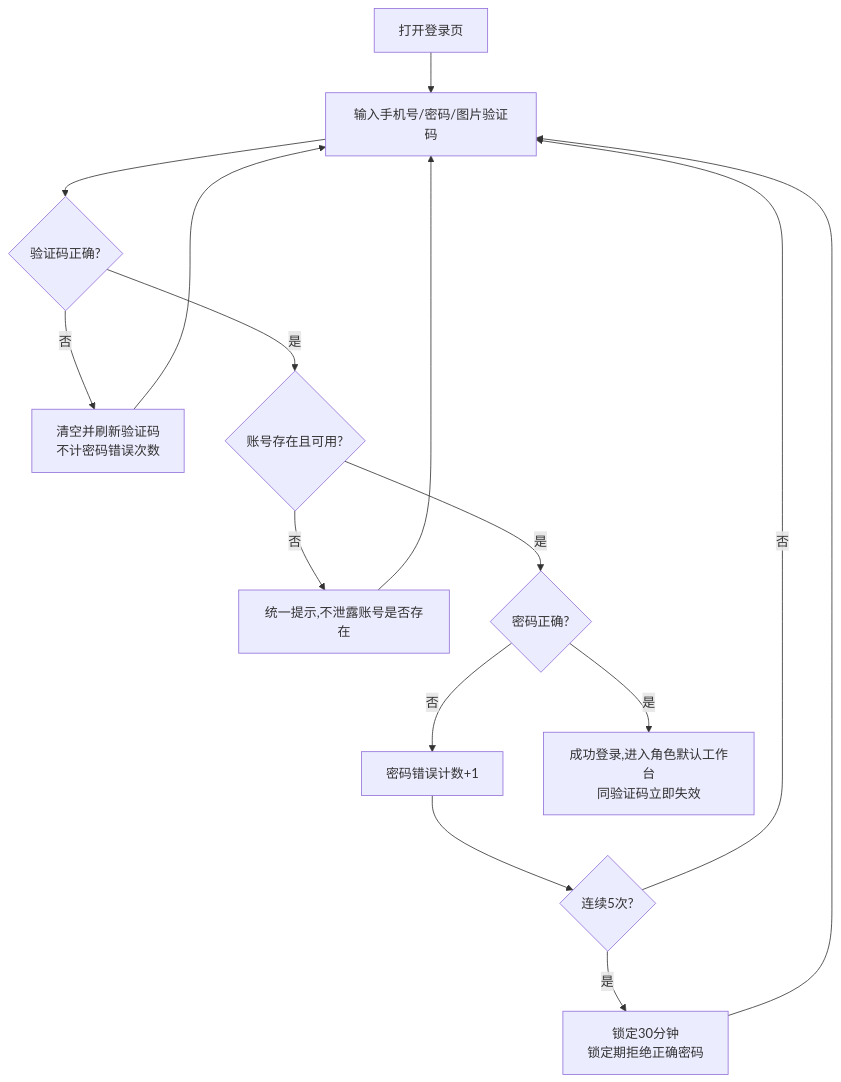
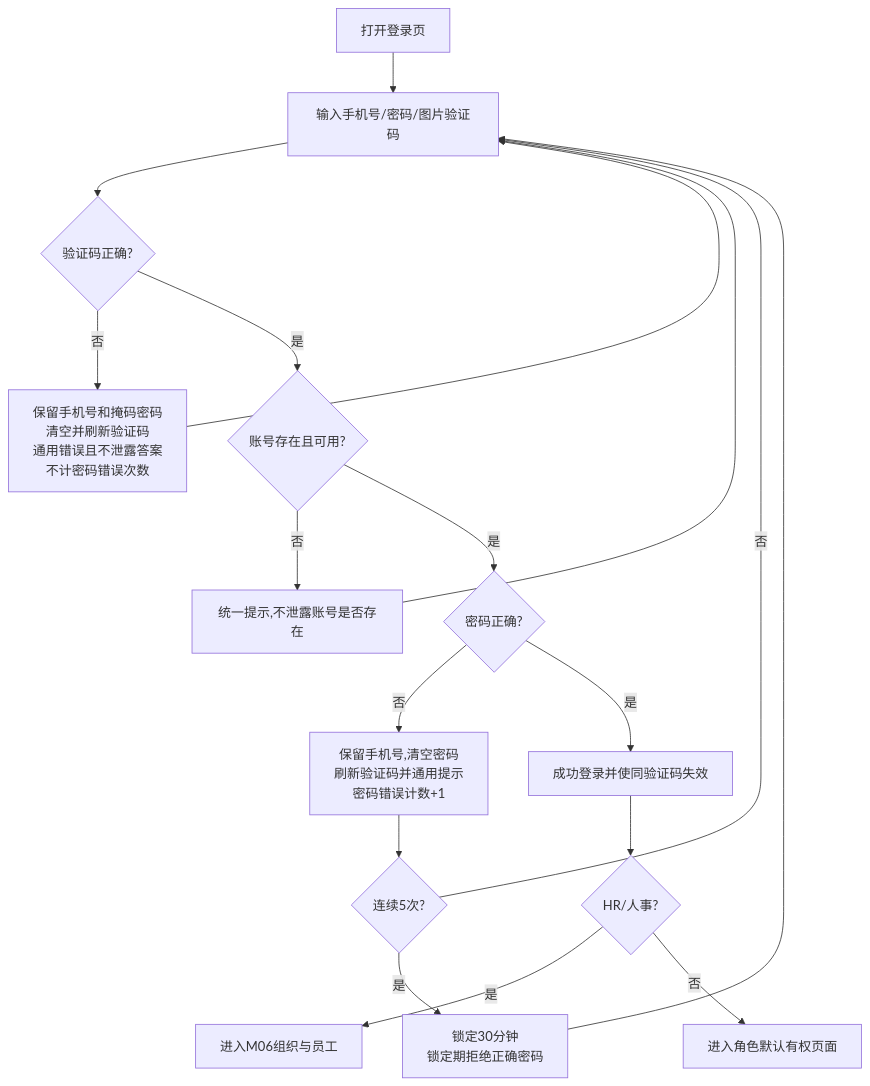
Before and after one commit to Joker-1030/Yingjia-Internal-Management-System: the diagram in prd-workspace/current/user-flows/FLOW-01-P00-login.md, drawn with Mermaid. The commit also changed other lines of this file and 83 other files, not shown here.

````diff
--- a/prd-workspace/current/user-flows/FLOW-01-P00-login.md
+++ b/prd-workspace/current/user-flows/FLOW-01-P00-login.md
@@ -8,14 +10,17 @@
 ```mermaid
 flowchart TD
     A[打开登录页] --> B[输入手机号/密码/图片验证码]
     B --> C{验证码正确?}
-    C -- 否 --> C1[清空并刷新验证码<br/>不计密码错误次数] --> B
+    C -- 否 --> C1[保留手机号和掩码密码<br/>清空并刷新验证码<br/>通用错误且不泄露答案<br/>不计密码错误次数] --> B
     C -- 是 --> D{账号存在且可用?}
     D -- 否 --> D1[统一提示,不泄露账号是否存在] --> B
     D -- 是 --> E{密码正确?}
-    E -- 否 --> F[密码错误计数+1]
+    E -- 否 --> F[保留手机号,清空密码<br/>刷新验证码并通用提示<br/>密码错误计数+1]
     F --> G{连续5次?}
     G -- 否 --> B
     G -- 是 --> H[锁定30分钟<br/>锁定期拒绝正确密码] --> B
-    E -- 是 --> I[成功登录,进入角色默认工作台<br/>同验证码立即失效]
+    E -- 是 --> I[成功登录并使同验证码失效]
+    I --> J{HR/人事?}
+    J -- 是 --> K[进入M06组织与员工]
+    J -- 否 --> L[进入角色默认有权页面]
 ```
````
